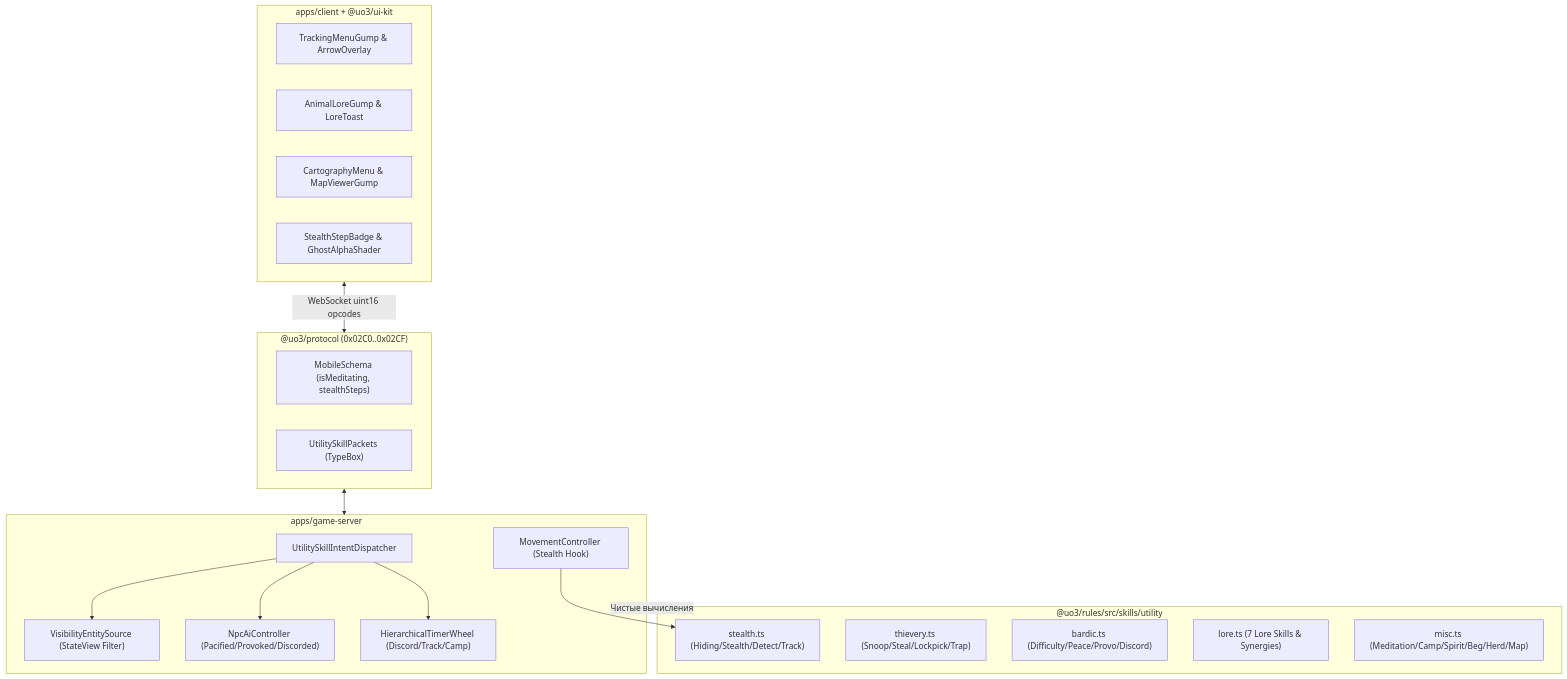
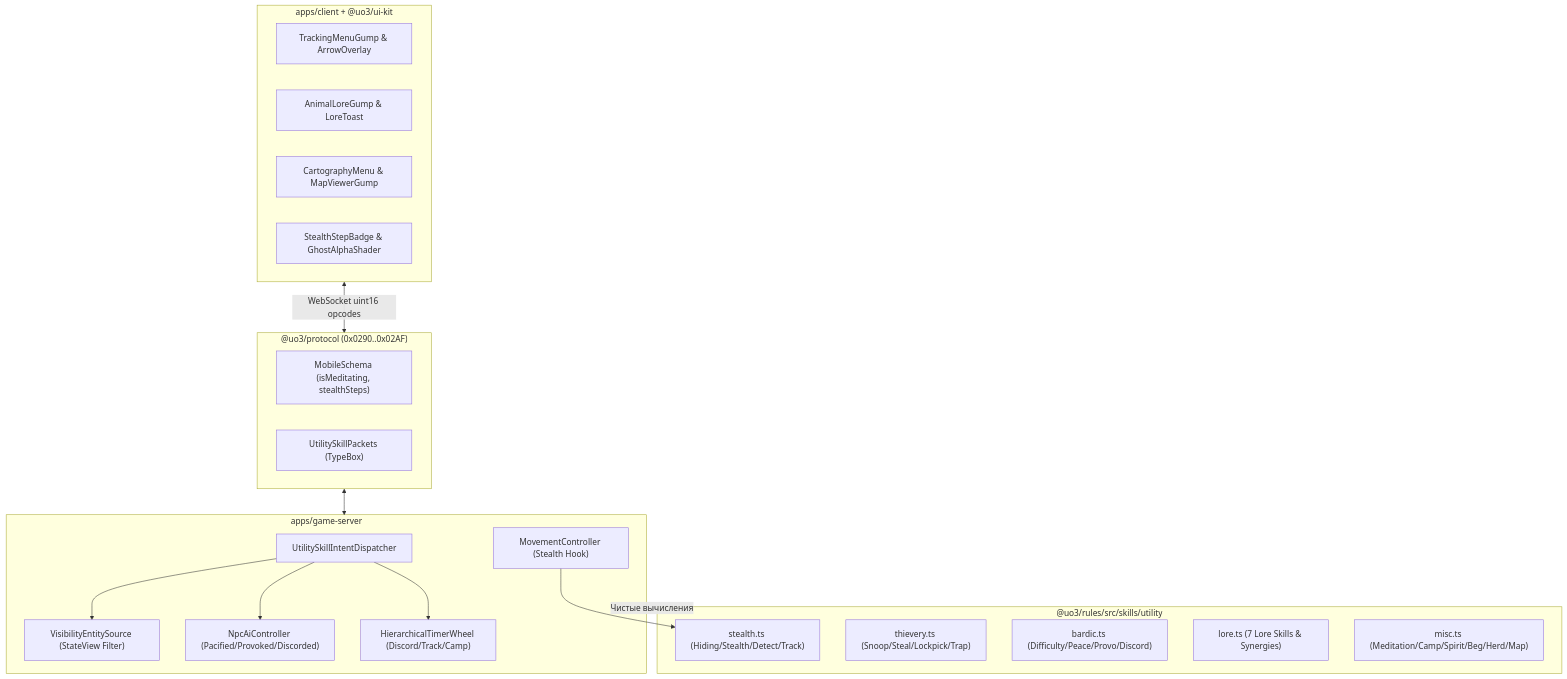
One commit to SergioAndreev/uo3 changed the first of 3 diagrams in openspec/changes/p22-utility-skills/design.md. Above: the diagram before and after it, drawn with Mermaid. The commit also changed other lines of this file and 188 other files, not shown here.

````diff
--- a/openspec/changes/p22-utility-skills/design.md
+++ b/openspec/changes/p22-utility-skills/design.md
@@ -102,38 +102,38 @@
 ```mermaid
 flowchart TD
   subgraph Client["apps/client + @uo3/ui-kit"]
     UI_Track["TrackingMenuGump & ArrowOverlay"]
     UI_Lore["AnimalLoreGump & LoreToast"]
     UI_Map["CartographyMenu & MapViewerGump"]
     UI_Stealth["StealthStepBadge & GhostAlphaShader"]
   end
 
-  subgraph Protocol["@uo3/protocol (0x02C0..0x02CF)"]
+  subgraph Protocol["@uo3/protocol (0x0290..0x02AF)"]
     P_Schema["MobileSchema (isMeditating, stealthSteps)"]
     P_Packets["UtilitySkillPackets (TypeBox)"]
   end
 
   subgraph Rules["@uo3/rules/src/skills/utility"]
     R_Stealth["stealth.ts (Hiding/Stealth/Detect/Track)"]
     R_Thief["thievery.ts (Snoop/Steal/Lockpick/Trap)"]
     R_Bard["bardic.ts (Difficulty/Peace/Provo/Discord)"]
     R_Lore["lore.ts (7 Lore Skills & Synergies)"]
     R_Misc["misc.ts (Meditation/Camp/Spirit/Beg/Herd/Map)"]
   end
 
   subgraph Server["apps/game-server"]
     S_Dispatcher["UtilitySkillIntentDispatcher"]
     S_AOI["VisibilityEntitySource (StateView Filter)"]
     S_Move["MovementController (Stealth Hook)"]
     S_AI["NpcAiController (Pacified/Provoked/Discorded)"]
     S_Timers["HierarchicalTimerWheel (Discord/Track/Camp)"]
   end
 
   Client <-->|"WebSocket uint16 opcodes"| Protocol
   Protocol <--> Server
   Server -->|"Чистые вычисления"| Rules
   S_Dispatcher --> S_AOI
   S_Dispatcher --> S_AI
   S_Dispatcher --> S_Timers
   S_Move --> R_Stealth
 ```
````
